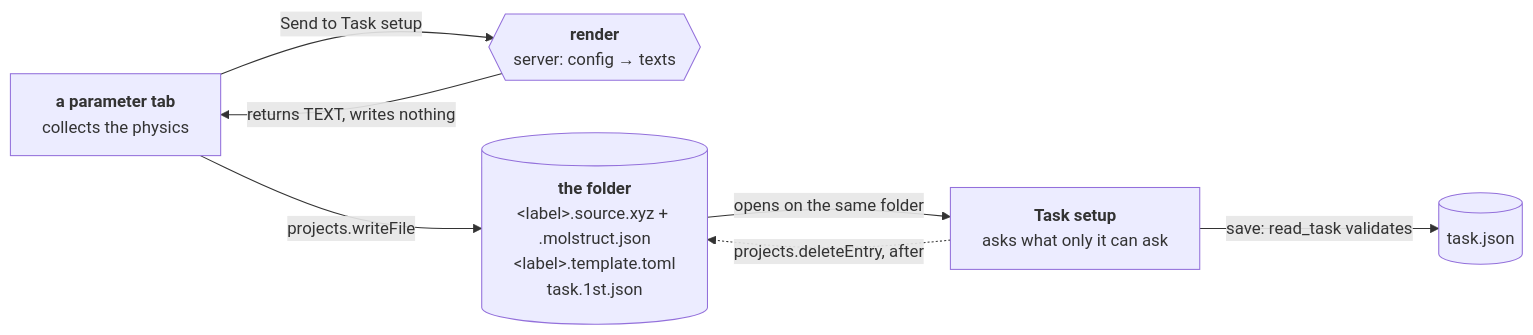
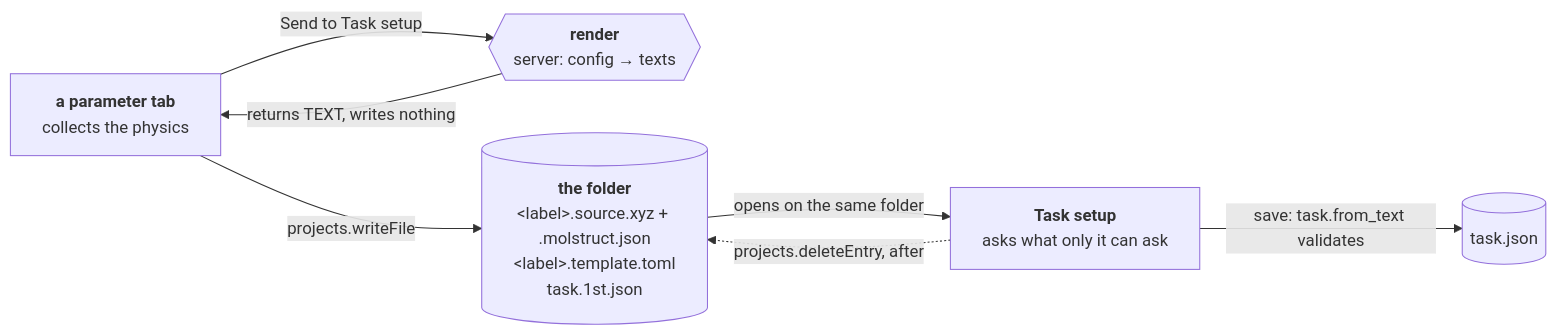
Before and after one commit to Qing-LAB/molbuilder: the diagram in docs/web/handover-procedure.md, drawn with Mermaid. The commit also changed other lines of this file and 74 other files, not shown here.

````diff
--- a/docs/web/handover-procedure.md
+++ b/docs/web/handover-procedure.md
@@ -43,14 +43,14 @@
 ```mermaid
 flowchart LR
   P["<b>a parameter tab</b><br/>collects the physics"]
   R{{"<b>render</b><br/>server: config → texts"}}
   W[("<b>the folder</b><br/>&lt;label&gt;.source.xyz + .molstruct.json<br/>&lt;label&gt;.template.toml<br/>task.1st.json")]
   T["<b>Task setup</b><br/>asks what only it can ask"]
   D[("task.json")]
   P -->|"Send to Task setup"| R
   R -->|"returns TEXT, writes nothing"| P
   P -->|"projects.writeFile"| W
   W -->|"opens on the same folder"| T
-  T -->|"save: read_task validates"| D
+  T -->|"save: task.from_text validates"| D
   T -.->|"projects.deleteEntry, after"| W
 ```
````
